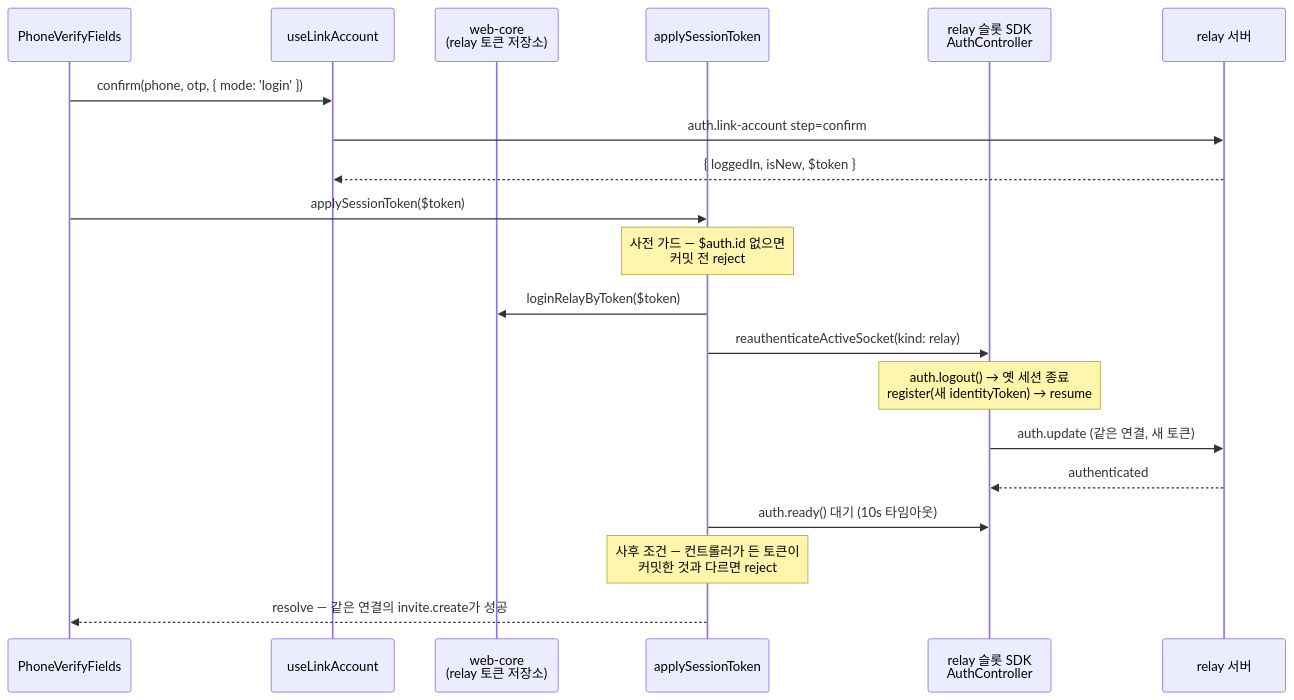
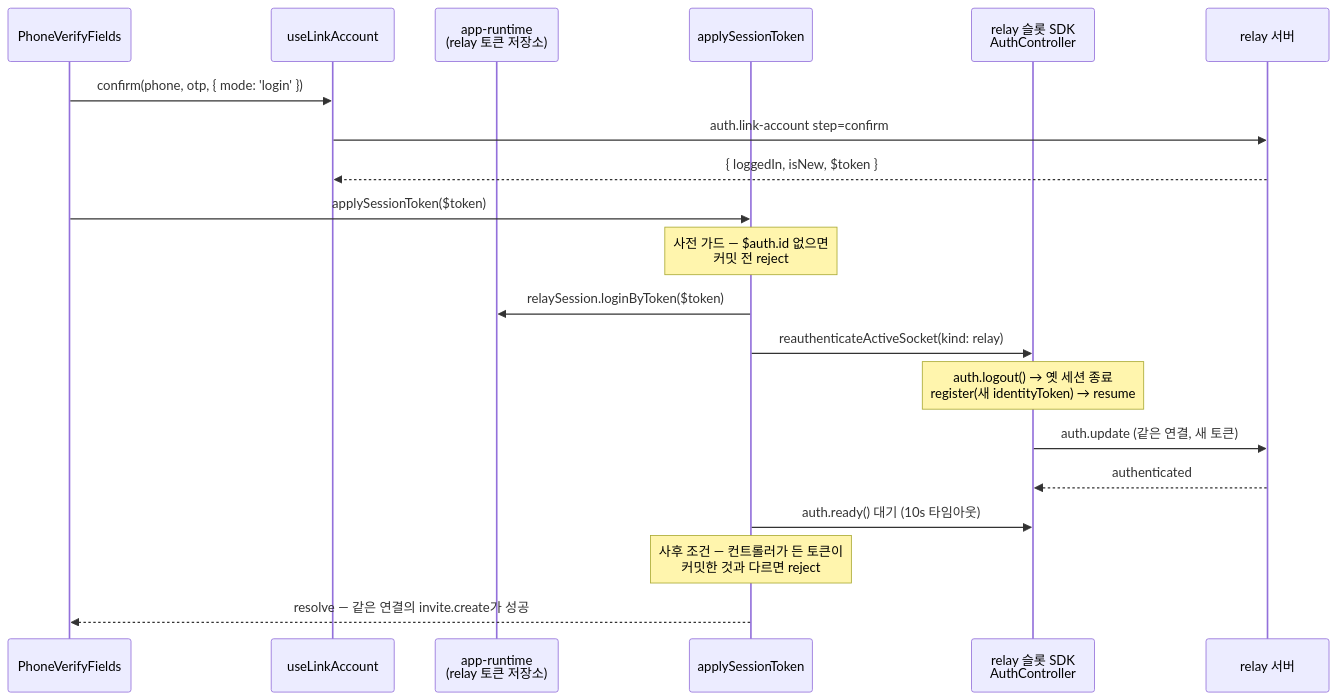
Before and after one commit to lemoncloud-io/dou-app: the third of 3 diagrams in apps/web/docs/feature/auth/phone-verification.md, drawn with Mermaid. The commit also changed other lines of this file and 5 other files, not shown here.

````diff
--- a/apps/web/docs/feature/auth/phone-verification.md
+++ b/apps/web/docs/feature/auth/phone-verification.md
@@ -232,23 +232,23 @@
 ```mermaid
 sequenceDiagram
     participant UI as PhoneVerifyFields
     participant H as useLinkAccount
-    participant WC as web-core<br/>(relay 토큰 저장소)
+    participant WC as app-runtime<br/>(relay 토큰 저장소)
     participant AST as applySessionToken
     participant SDK as relay 슬롯 SDK<br/>AuthController
     participant SRV as relay 서버
 
     UI->>H: confirm(phone, otp, { mode: 'login' })
     H->>SRV: auth.link-account step=confirm
     SRV-->>H: { loggedIn, isNew, $token }
     UI->>AST: applySessionToken($token)
     Note over AST: 사전 가드 — $auth.id 없으면<br/>커밋 전 reject
-    AST->>WC: loginRelayByToken($token)
+    AST->>WC: relaySession.loginByToken($token)
     AST->>SDK: reauthenticateActiveSocket(kind: relay)
     Note over SDK: auth.logout() → 옛 세션 종료<br/>register(새 identityToken) → resume
     SDK->>SRV: auth.update (같은 연결, 새 토큰)
     SRV-->>SDK: authenticated
     AST->>SDK: auth.ready() 대기 (10s 타임아웃)
     Note over AST: 사후 조건 — 컨트롤러가 든 토큰이<br/>커밋한 것과 다르면 reject
     AST-->>UI: resolve — 같은 연결의 invite.create가 성공
 ```
````
